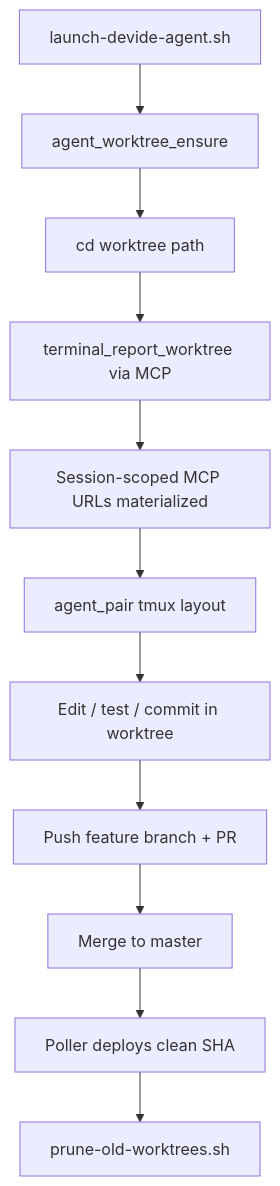
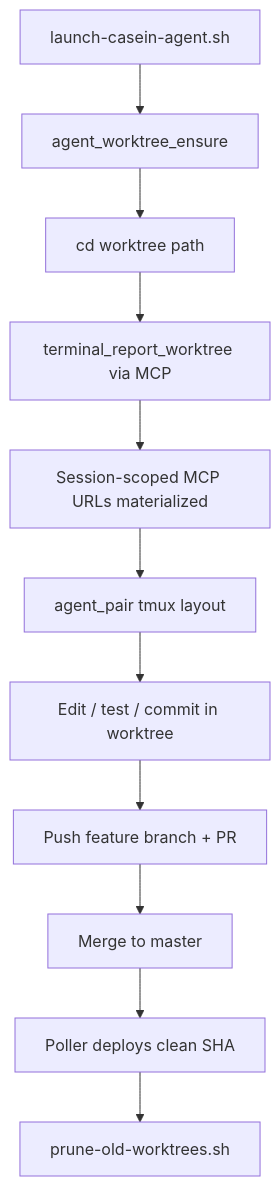
One commit to dl-alexandre/casein changed the diagram in docs/development-workflow.md. Above: the diagram before and after it, drawn with Mermaid. The commit also changed other lines of this file and 172 other files, not shown here.

````diff
--- a/docs/development-workflow.md
+++ b/docs/development-workflow.md
@@ -174,13 +174,13 @@
 ```mermaid
 flowchart TD
-    A[launch-devide-agent.sh] --> B[agent_worktree_ensure]
+    A[launch-casein-agent.sh] --> B[agent_worktree_ensure]
     B --> C[cd worktree path]
     C --> D[terminal_report_worktree via MCP]
     D --> E[Session-scoped MCP URLs materialized]
     E --> F[agent_pair tmux layout]
     F --> G[Edit / test / commit in worktree]
     G --> H[Push feature branch + PR]
     H --> I[Merge to master]
     I --> J[Poller deploys clean SHA]
     J --> K[prune-old-worktrees.sh]
 ```
````
